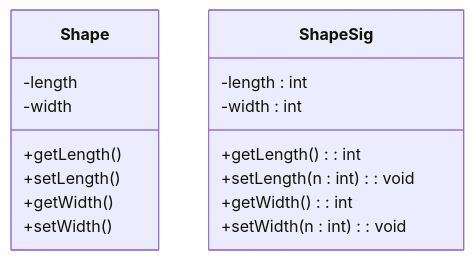
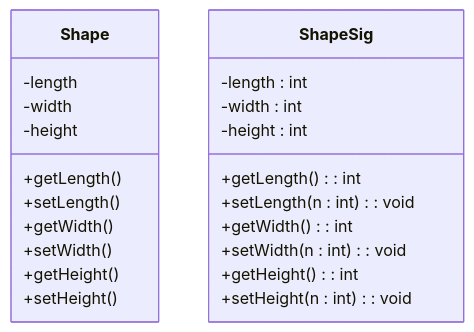
The diagram in classesV1.md (Aimie-McElroy/CSC102Fall2022-Week-1-2Tags), drawn with Mermaid before and after one commit.

````diff
--- a/classesV1.md
+++ b/classesV1.md
@@ -5,21 +5,28 @@
 ```mermaid
     classDiagram
     class Shape{
         -length
         -width
+        -height
         +getLength()
         +setLength()
         +getWidth()
         +setWidth()
+        +getHeight()
+        +setHeight()
     }
 
     class ShapeSig{
         -length : int
         -width : int
+        -height : int
         +getLength() : int
         +setLength(n : int) : void
         +getWidth() : int
         +setWidth(n : int) : void
+        +getHeight() : int
+        +setHeight(n : int) : void
+
     }
 
 ```
````
